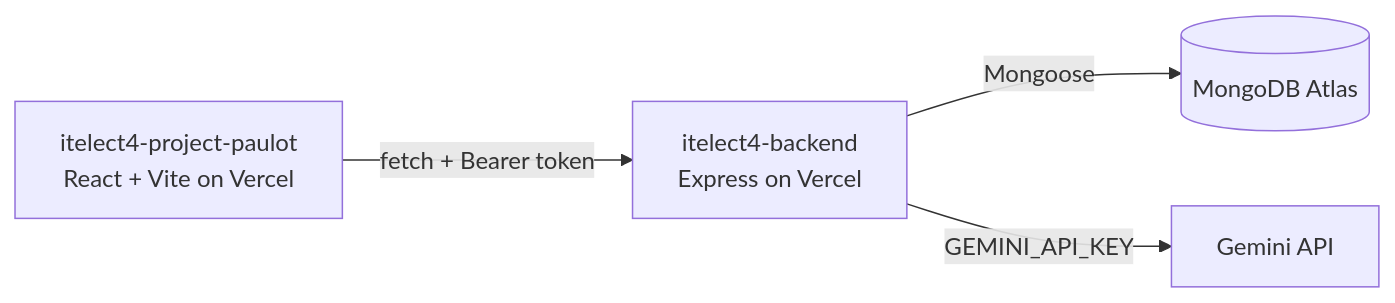
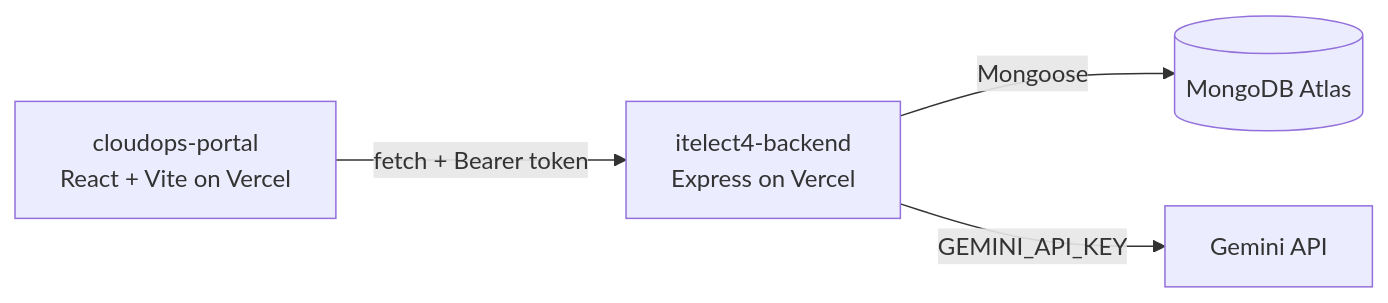
Before and after one commit to papap7/itelect4-backend: the diagram in README.md, drawn with Mermaid. The commit also changed other lines of this file, not shown here.

````diff
--- a/README.md
+++ b/README.md
@@ -18,10 +18,10 @@
 ```mermaid
 flowchart LR
-  fe["itelect4-project-paulot<br/>React + Vite on Vercel"]
+  fe["cloudops-portal<br/>React + Vite on Vercel"]
   be["itelect4-backend<br/>Express on Vercel"]
   db[("MongoDB Atlas")]
   ai["Gemini API"]
   fe -- "fetch + Bearer token" --> be
   be -- "Mongoose" --> db
   be -- "GEMINI_API_KEY" --> ai
 ```
````
